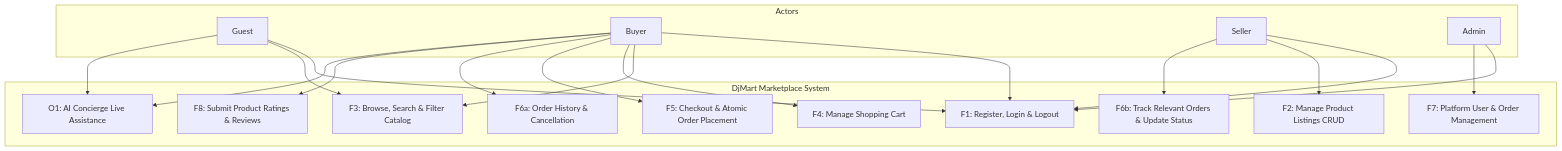
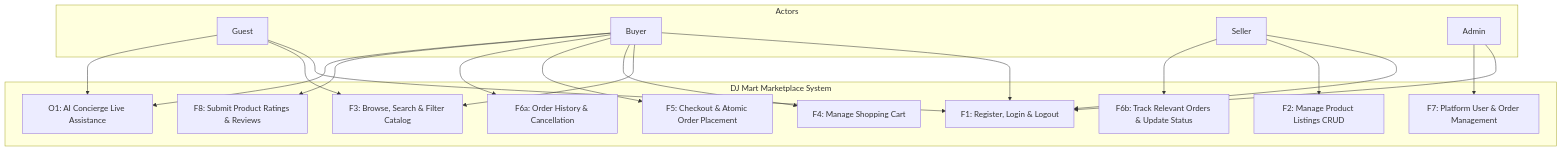
One commit to ravanan-666/Capstone changed the second of 4 diagrams in README.md. Above: the diagram before and after it, drawn with Mermaid. The commit also changed other lines of this file and 2734 other files, not shown here.

Commit message:
feat: complete DJ Mart modern marketplace, database-aware AI chatbot, 24-product catalog, and Docker/Render production config

````diff
--- a/README.md
+++ b/README.md
@@ -203,41 +203,41 @@
 ```mermaid
 graph TD
     subgraph Actors
         G[Guest]
         B[Buyer]
         S[Seller]
         A[Admin]
     end
 
-    subgraph "DjMart Marketplace System"
+    subgraph "DJ Mart Marketplace System"
         UC1[F1: Register, Login & Logout]
         UC2[F3: Browse, Search & Filter Catalog]
         UC3[F4: Manage Shopping Cart]
         UC4[F5: Checkout & Atomic Order Placement]
         UC5[F6a: Order History & Cancellation]
         UC6[F8: Submit Product Ratings & Reviews]
         UC7[F2: Manage Product Listings CRUD]
         UC8[F6b: Track Relevant Orders & Update Status]
         UC9[F7: Platform User & Order Management]
         UC10[O1: AI Concierge Live Assistance]
     end
 
     G --> UC1
     G --> UC2
     G --> UC10
 
     B --> UC1
     B --> UC2
     B --> UC3
     B --> UC4
     B --> UC5
     B --> UC6
     B --> UC10
 
     S --> UC1
     S --> UC7
     S --> UC8
 
     A --> UC1
     A --> UC9
 ```
````
